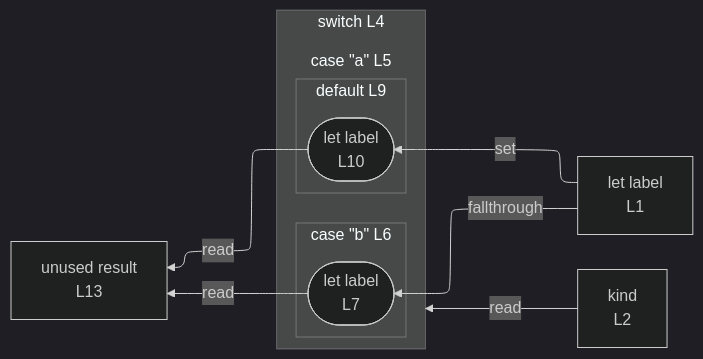
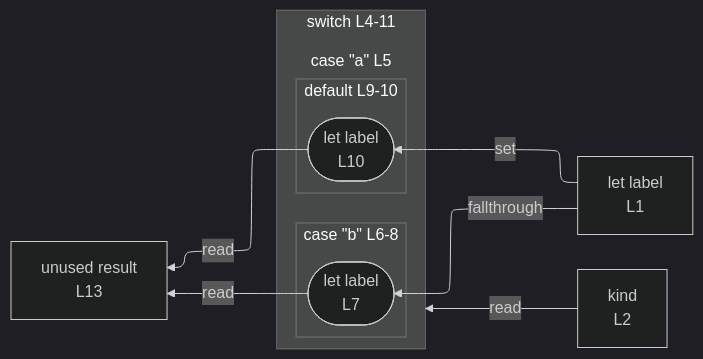
Before and after one commit to crescware/unsnarl: the diagram in integration/fixtures/control-switch-stacked/preview.md, drawn with Mermaid (dark theme). The commit also changed 125 other files, not shown here.

````diff
--- a/integration/fixtures/control-switch-stacked/preview.md
+++ b/integration/fixtures/control-switch-stacked/preview.md
@@ -23,26 +23,26 @@
 ```mermaid
 %%{init: {"flowchart": {"defaultRenderer": "elk"}}}%%
 flowchart RL
   n_scope_0_label_4["let label<br/>L1"]
   n_scope_0_kind_22["kind<br/>L2"]
   n_scope_0_result_145["unused result<br/>L13"]
-  subgraph s_scope_1["switch L4"]
+  subgraph s_scope_1["switch L4-11"]
     direction RL
     subgraph s_scope_2["case &quot;a&quot; L5"]
       direction RL
     end
-    subgraph s_scope_3["case &quot;b&quot; L6"]
+    subgraph s_scope_3["case &quot;b&quot; L6-8"]
       direction RL
       wr_ref_1(["let label<br/>L7"])
     end
-    subgraph s_scope_4["default L9"]
+    subgraph s_scope_4["default L9-10"]
       direction RL
       wr_ref_2(["let label<br/>L10"])
     end
   end
   n_scope_0_label_4 -->|fallthrough| wr_ref_1
   n_scope_0_label_4 -->|set| wr_ref_2
   n_scope_0_kind_22 -->|read| s_scope_1
   wr_ref_1 -->|read| n_scope_0_result_145
   wr_ref_2 -->|read| n_scope_0_result_145
 ```
````
